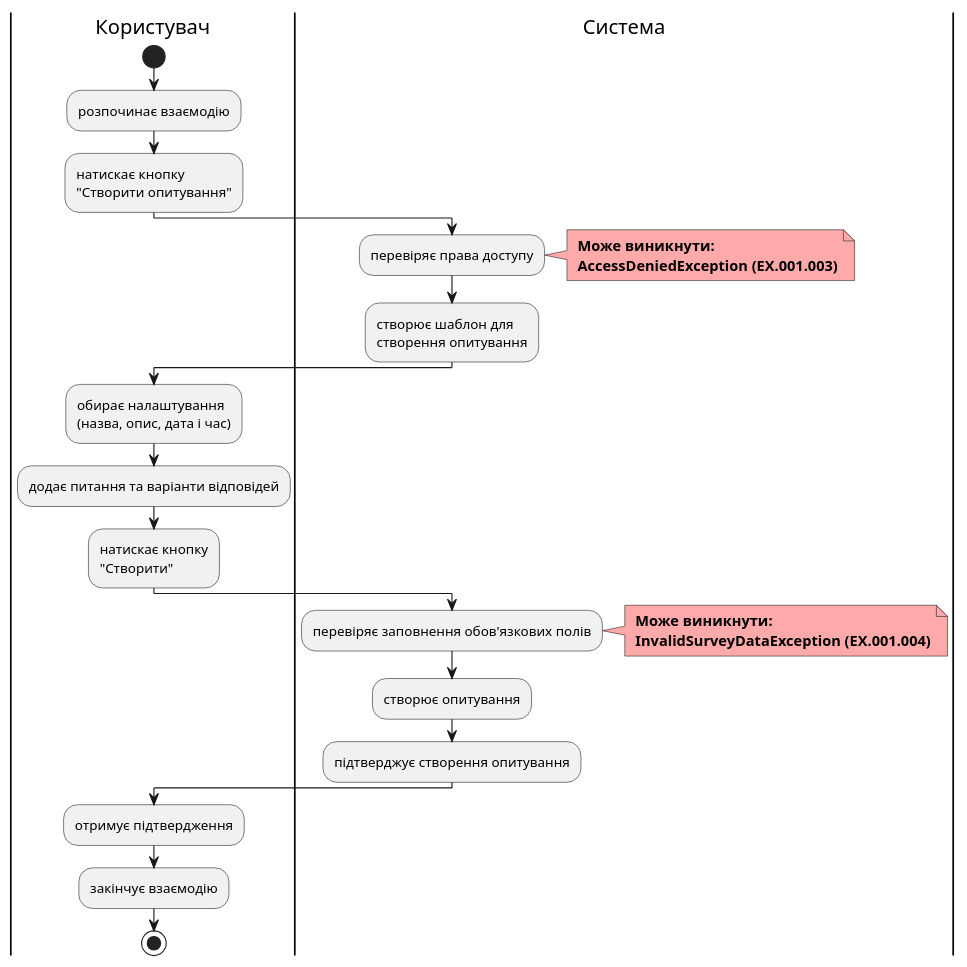
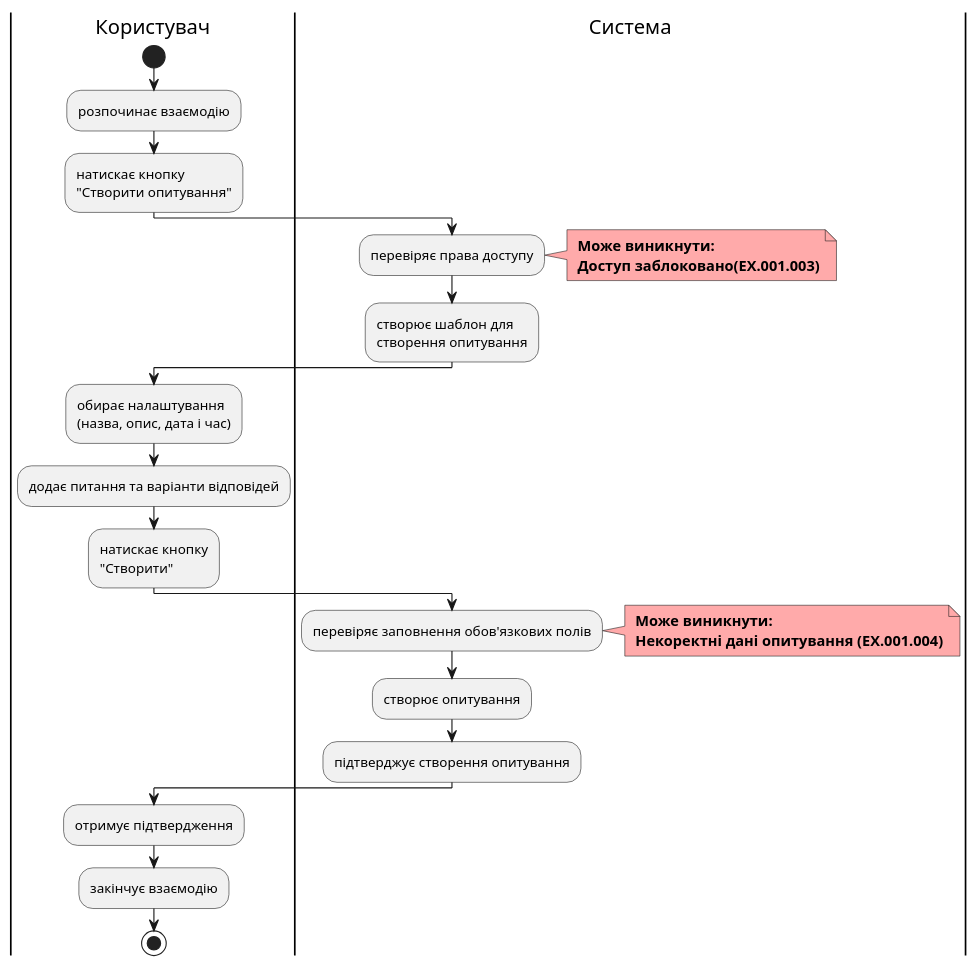
The third of 8 diagrams in docs/use cases/README.md (elidorbeth/edu_db_labs), drawn with PlantUML before and after one commit. The commit also changed other lines of this file, not shown here.

```diff
--- a/docs/use cases/README.md
+++ b/docs/use cases/README.md
@@ -121,35 +121,35 @@
 @startuml
 
 |Користувач|
 start
 :розпочинає взаємодію;
 :натискає кнопку\n"Створити опитування";
 
 |Система|
 :перевіряє права доступу;
 note right #ffaaaa
 <b> Може виникнути:
-<b> AccessDeniedException (EX.001.003)
+<b> Доступ заблоковано(EX.001.003)
 end note
 :створює шаблон для\nстворення опитування;
 
 |Користувач|
 :обирає налаштування\n(назва, опис, дата і час);
 :додає питання та варіанти відповідей;
 :натискає кнопку\n"Створити";
 
 |Система|
 :перевіряє заповнення обов'язкових полів;
 note right #ffaaaa
 <b> Може виникнути:
-<b> InvalidSurveyDataException (EX.001.004)
+<b> Некоректні дані опитування (EX.001.004)
 end note
 :створює опитування;
 :підтверджує створення опитування;
 
 |Користувач|
 :отримує підтвердження;
 :закінчує взаємодію;
 stop
 
 @enduml
```
